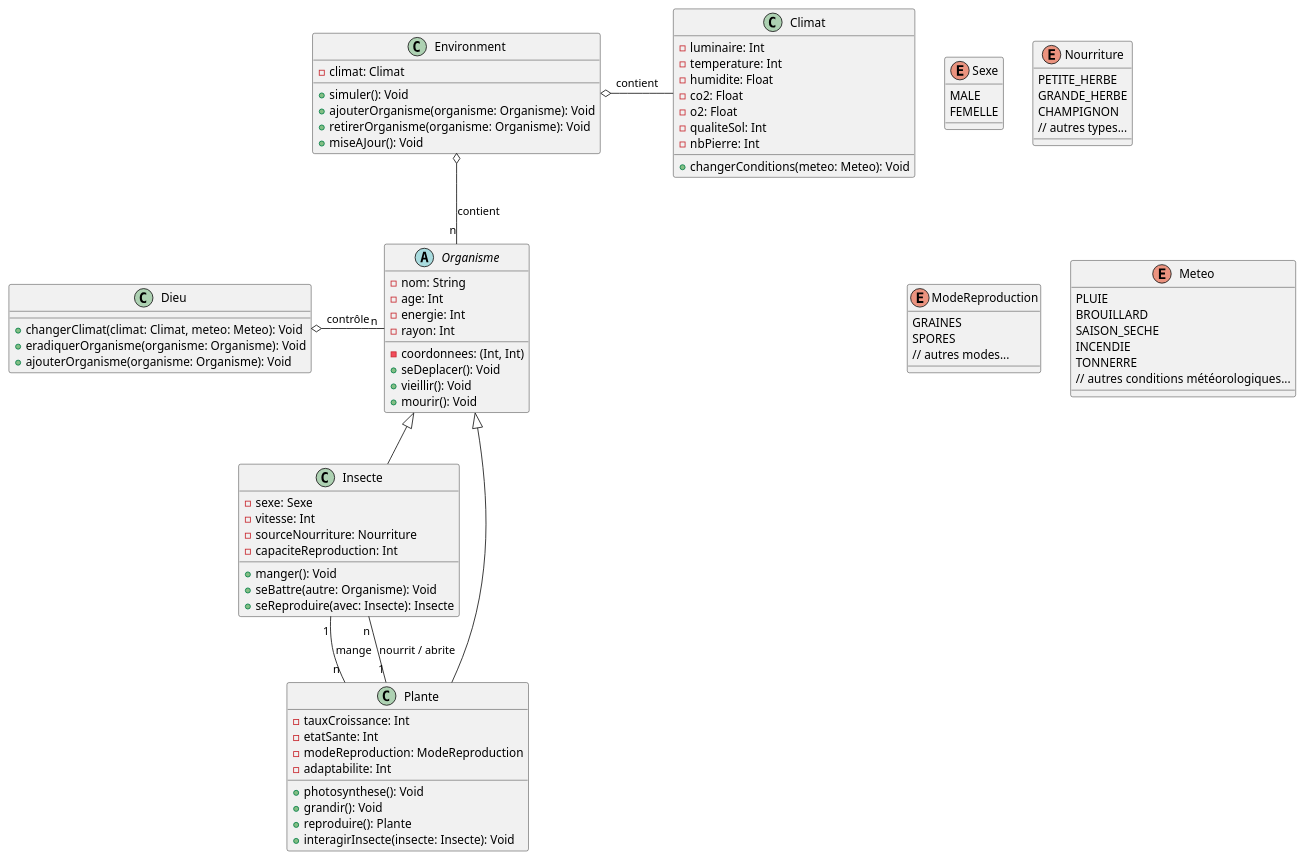
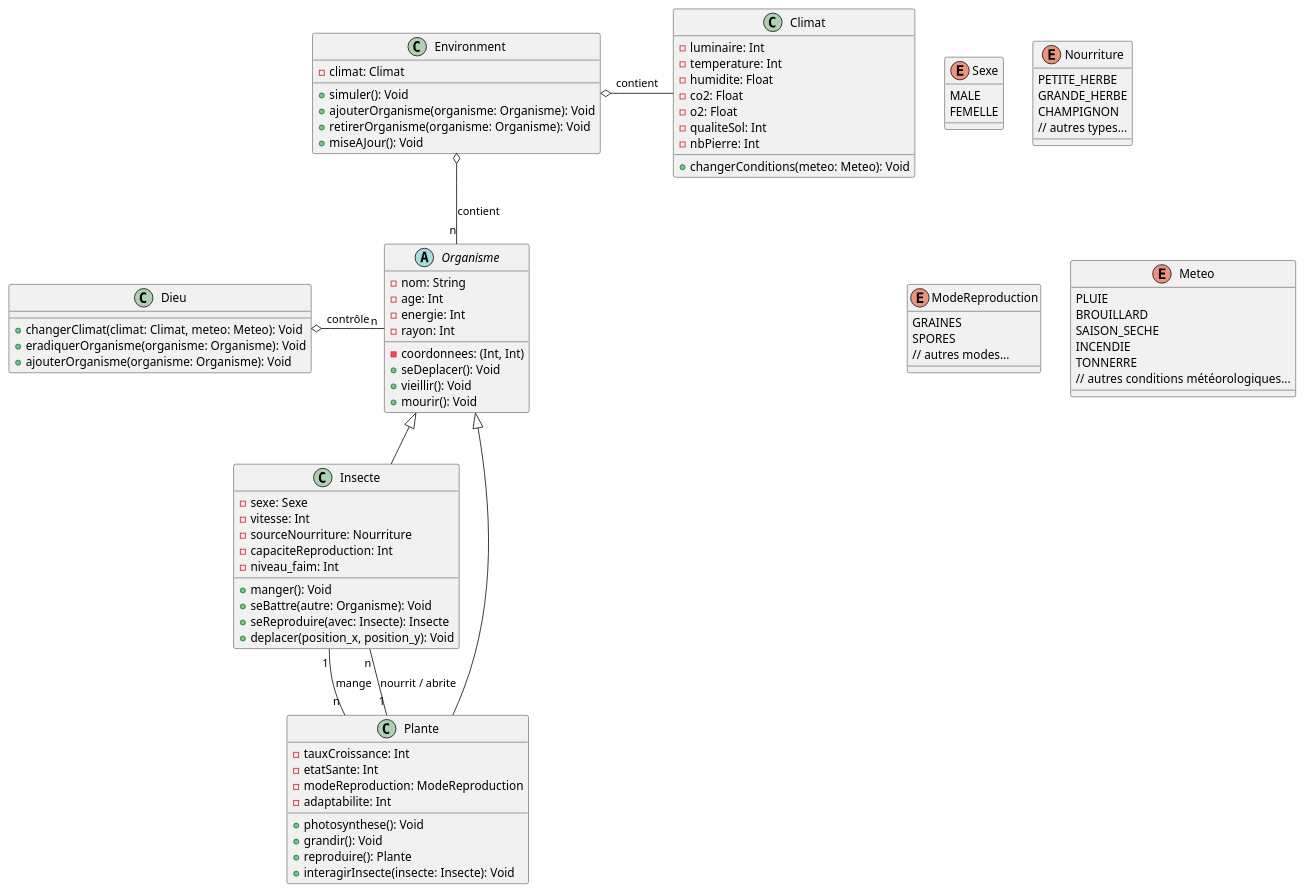
Before and after one commit to Sandrineavida/Vivarium_Multi-Agent_Golang: the diagram in vivarium_uml.puml, drawn with PlantUML.

Commit message:
UML version 1.1 (ajouter niveau_faim et deplacer())

```diff
--- a/vivarium_uml.puml
+++ b/vivarium_uml.puml
@@ -1,93 +1,95 @@
 @startuml
 
 abstract class Organisme {
    - nom: String
    - age: Int
    - energie: Int
    - coordonnees: (Int, Int)
    - rayon: Int
    + seDeplacer(): Void
    + vieillir(): Void
    + mourir(): Void
 }
 
 class Insecte extends Organisme {
    - sexe: Sexe
    - vitesse: Int
    - sourceNourriture: Nourriture
    - capaciteReproduction: Int
+   - niveau_faim: Int
    + manger(): Void
    + seBattre(autre: Organisme): Void
    + seReproduire(avec: Insecte): Insecte
+   + deplacer(position_x, position_y): Void
 }
 
 class Plante extends Organisme {
    - tauxCroissance: Int
    - etatSante: Int
    - modeReproduction: ModeReproduction
    - adaptabilite: Int
    + photosynthese(): Void
    + grandir(): Void
    + reproduire(): Plante
    + interagirInsecte(insecte: Insecte): Void
 }
 
 enum Sexe {
    MALE
    FEMELLE
 }
 
 enum Nourriture {
    PETITE_HERBE
    GRANDE_HERBE
    CHAMPIGNON
    // autres types...
 }
 
 enum ModeReproduction {
    GRAINES
    SPORES
    // autres modes...
 }
 
 class Climat {
    - luminaire: Int
    - temperature: Int
    - humidite: Float
    - co2: Float
    - o2: Float
    - qualiteSol: Int
    - nbPierre: Int
    + changerConditions(meteo: Meteo): Void
 }
 
 class Dieu {
    + changerClimat(climat: Climat, meteo: Meteo): Void
    + eradiquerOrganisme(organisme: Organisme): Void
    + ajouterOrganisme(organisme: Organisme): Void
 }
 
 class Environment {
    - climat: Climat
    + simuler(): Void
    + ajouterOrganisme(organisme: Organisme): Void
    + retirerOrganisme(organisme: Organisme): Void
    + miseAJour(): Void
 }
 
 enum Meteo {
    PLUIE
    BROUILLARD
    SAISON_SECHE
    INCENDIE
    TONNERRE
    // autres conditions météorologiques...
 }
 
 Insecte "1" -- "n" Plante : mange
 Plante "1" -- "n" Insecte : nourrit / abrite
 Dieu o- "n" Organisme : contrôle
 Environment o- Climat : contient
 Environment o-- "n" Organisme : contient
 
 @enduml
```
